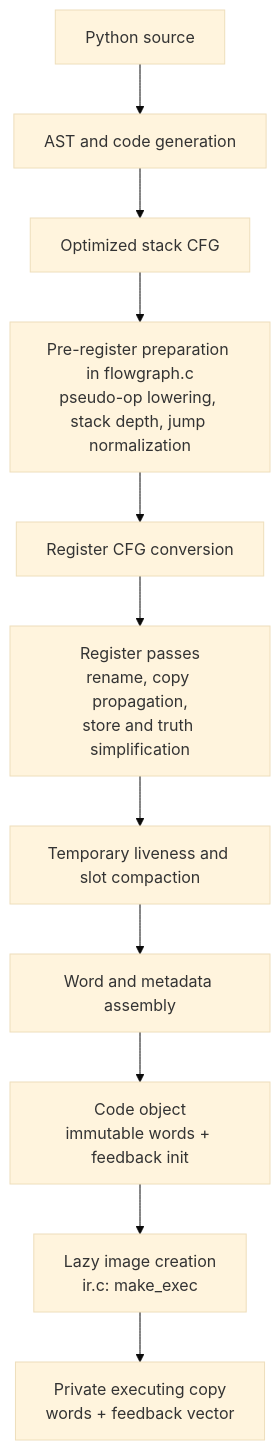
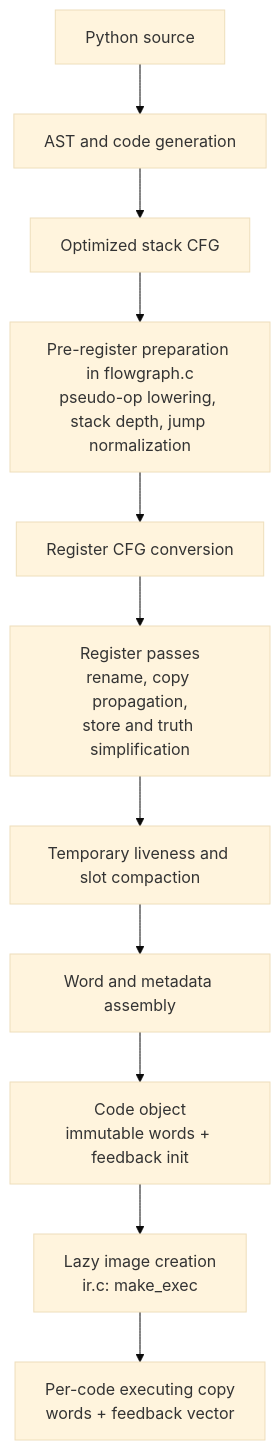
The diagram in pyjit/design/register-ir.md (rjpower/cpython), drawn with Mermaid (base theme) before and after one commit. The commit also changed other lines of this file and 44 other files, not shown here.

````diff
--- a/pyjit/design/register-ir.md
+++ b/pyjit/design/register-ir.md
@@ -15,14 +24,14 @@
 ```mermaid
 flowchart TD
     source[Python source] --> ast[AST and code generation]
     ast --> stackcfg[Optimized stack CFG]
     stackcfg --> prep[Pre-register preparation in flowgraph.c<br/>pseudo-op lowering, stack depth, jump normalization]
     prep --> regcfg[Register CFG conversion]
     regcfg --> passes[Register passes<br/>rename, copy propagation,
 store and truth simplification]
     passes --> compact[Temporary liveness and slot compaction]
     compact --> assemble[Word and metadata assembly]
     assemble --> code[Code object<br/>immutable words + feedback init]
     code --> first[Lazy image creation<br/>ir.c: make_exec]
-    first --> live[Private executing copy<br/>words + feedback vector]
+    first --> live[Per-code executing copy<br/>words + feedback vector]
 ```
````
